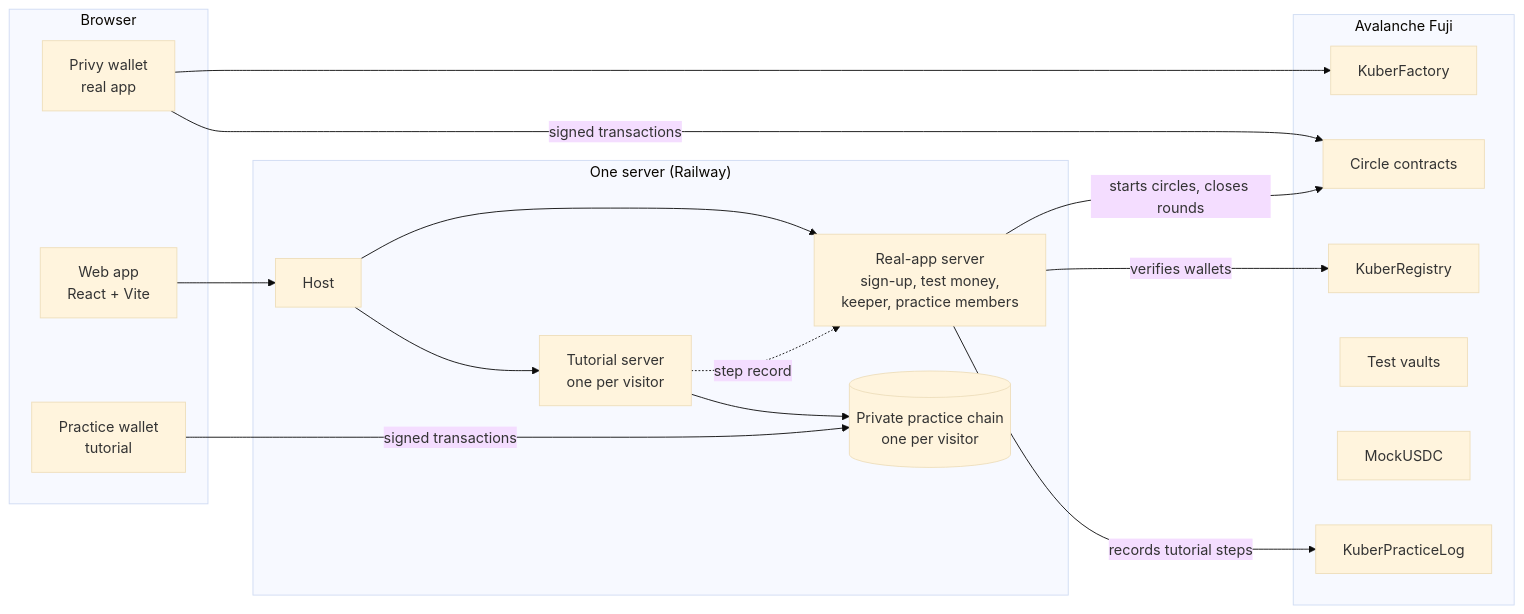
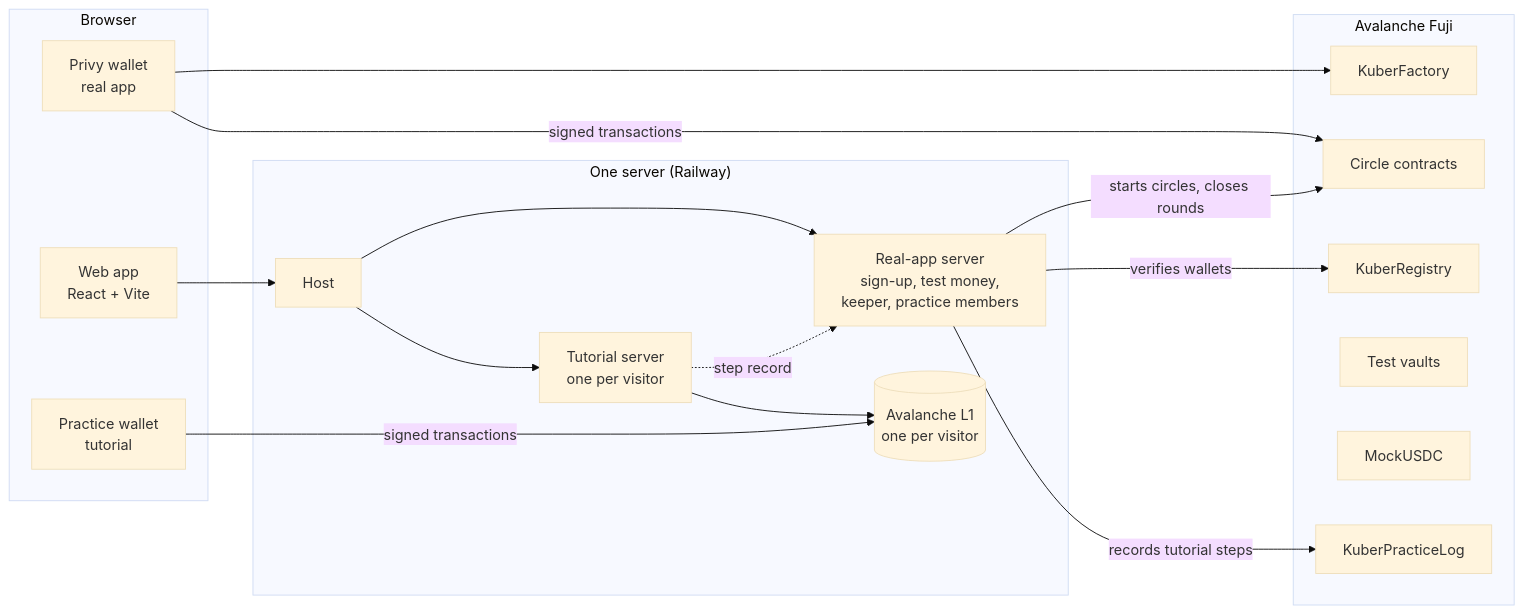
The first of 2 diagrams in README.md (SubhoDevacc/kuber), drawn with Mermaid (base theme) before and after one commit. The commit also changed other lines of this file and 1 other file, not shown here.

Commit message:
Docs: Kuber's Avalanche L1 (Quiet Pine) details

````diff
--- a/README.md
+++ b/README.md
@@ -54,33 +71,33 @@
 ```mermaid
 flowchart LR
   subgraph Browser
     W[Web app<br/>React + Vite]
     PW[Privy wallet<br/>real app]
     TW[Practice wallet<br/>tutorial]
   end
   subgraph Server["One server (Railway)"]
     H[Host]
     A[Real-app server<br/>sign-up, test money,<br/>keeper, practice members]
     T[Tutorial server<br/>one per visitor]
-    PC[(Private practice chain<br/>one per visitor)]
+    PC[(Avalanche L1<br/>one per visitor)]
   end
   subgraph Fuji["Avalanche Fuji"]
     F[KuberFactory]
     C[Circle contracts]
     R[KuberRegistry]
     V[Test vaults]
     U[MockUSDC]
     L[KuberPracticeLog]
   end
   W --> H
   H --> A
   H --> T
   T --> PC
   TW -- signed transactions --> PC
   PW -- signed transactions --> C
   PW --> F
   A -- starts circles, closes rounds --> C
   A -- verifies wallets --> R
   A -- records tutorial steps --> L
   T -. step record .-> A
 ```
````
